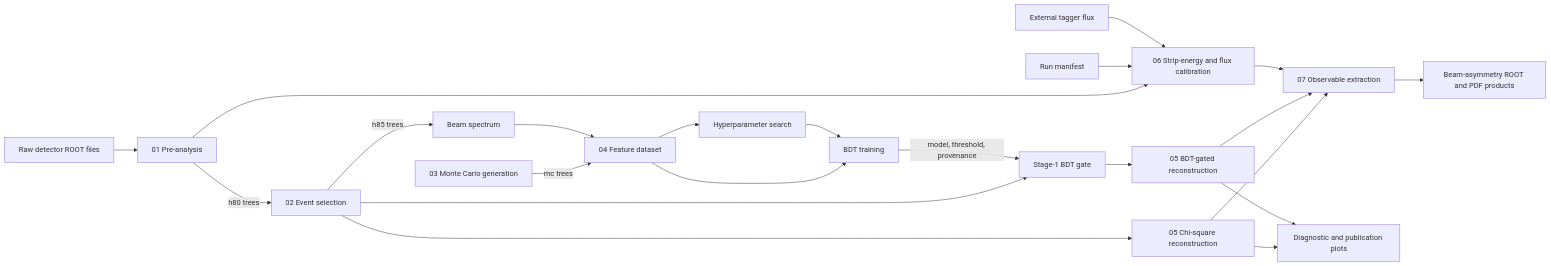
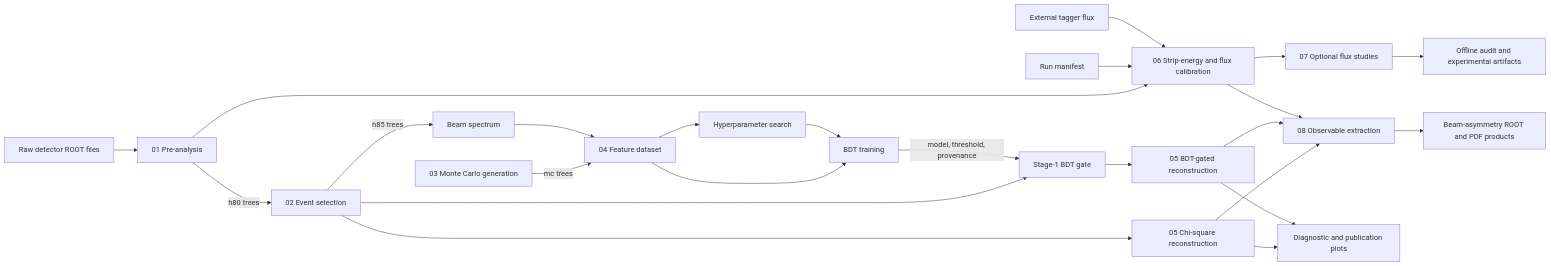
The diagram in wiki/workflow.md (AntoninoFulci/GRAAL_Analysis), drawn with Mermaid before and after one commit. The commit also changed other lines of this file and 231 other files, not shown here.

````diff
--- a/wiki/workflow.md
+++ b/wiki/workflow.md
@@ -24,28 +24,30 @@
 ```mermaid
 flowchart LR
     RAW[Raw detector ROOT files] --> PRE[01 Pre-analysis]
     PRE -->|h80 trees| SEL[02 Event selection]
     SEL -->|h85 trees| BEAM[Beam spectrum]
     SEL --> CHI2[05 Chi-square reconstruction]
     SEL --> GATE[Stage-1 BDT gate]
 
     MC[03 Monte Carlo generation] -->|mc trees| FEATURES[04 Feature dataset]
     BEAM --> FEATURES
     FEATURES --> SEARCH[Hyperparameter search]
     FEATURES --> TRAIN[BDT training]
     SEARCH --> TRAIN
     TRAIN -->|model, threshold, provenance| GATE
     GATE --> BDT[05 BDT-gated reconstruction]
 
     PRE --> CAL[06 Strip-energy and flux calibration]
     MANIFEST[Run manifest] --> CAL
     FLUX[External tagger flux] --> CAL
 
-    CHI2 --> OBS[07 Observable extraction]
+    CHI2 --> OBS[08 Observable extraction]
     BDT --> OBS
+    CAL --> STUDY[07 Optional flux studies]
+    STUDY --> AUDIT[Offline audit and experimental artifacts]
     CAL --> OBS
     OBS --> RESULTS[Beam-asymmetry ROOT and PDF products]
 
     CHI2 --> PLOTS[Diagnostic and publication plots]
     BDT --> PLOTS
 ```
````
